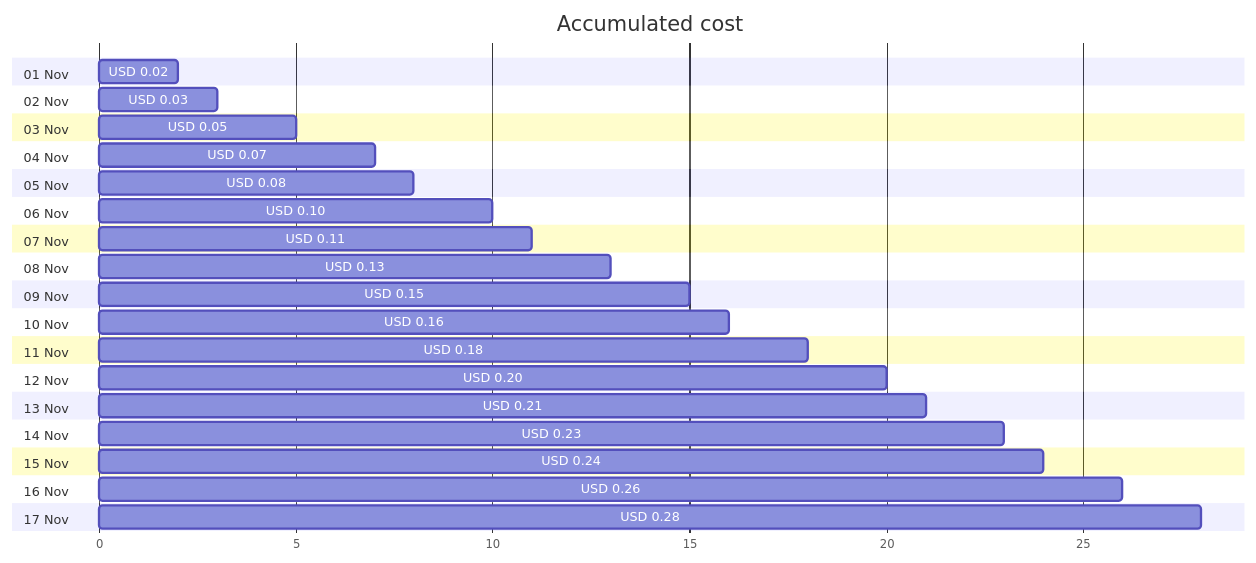
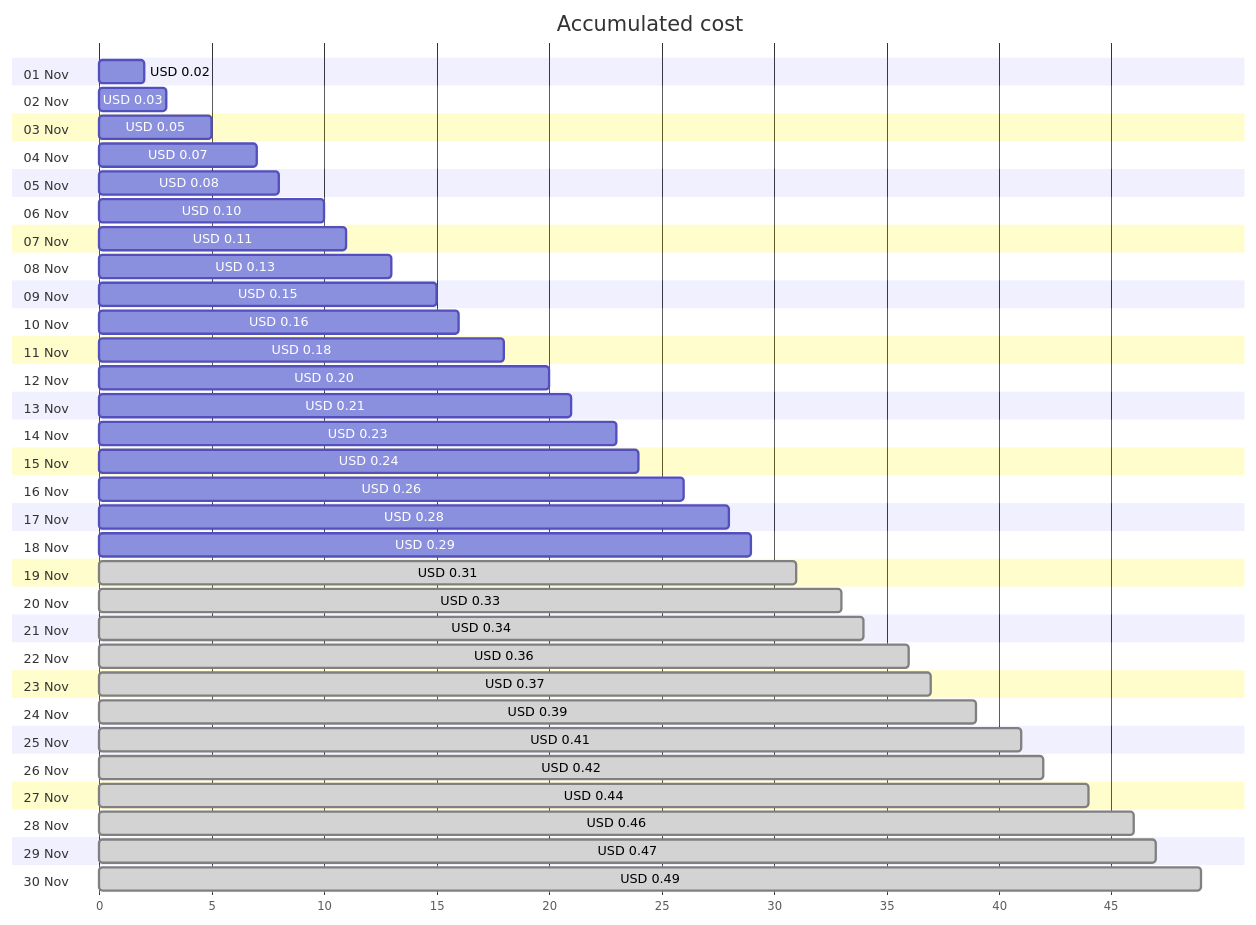
The first of 4 diagrams in cost-reports/personal-dns/jpatrickfulton.com.md (jpfulton/azure-personal-reports), drawn with Mermaid before and after one commit. The commit also changed other lines of this file and 2 other files, not shown here.

Commit message:
Generated reports [skip ci]

````diff
--- a/cost-reports/personal-dns/jpatrickfulton.com.md
+++ b/cost-reports/personal-dns/jpatrickfulton.com.md
@@ -20,40 +20,66 @@
 ```mermaid
 gantt
    title Accumulated cost
    dateFormat  X
    axisFormat %s
    section 01 Nov
    USD 0.02 :0, 2
    section 02 Nov
    USD 0.03 :0, 3
    section 03 Nov
    USD 0.05 :0, 5
    section 04 Nov
    USD 0.07 :0, 7
    section 05 Nov
    USD 0.08 :0, 8
    section 06 Nov
    USD 0.10 :0, 10
    section 07 Nov
    USD 0.11 :0, 11
    section 08 Nov
    USD 0.13 :0, 13
    section 09 Nov
    USD 0.15 :0, 15
    section 10 Nov
    USD 0.16 :0, 16
    section 11 Nov
    USD 0.18 :0, 18
    section 12 Nov
    USD 0.20 :0, 20
    section 13 Nov
    USD 0.21 :0, 21
    section 14 Nov
    USD 0.23 :0, 23
    section 15 Nov
    USD 0.24 :0, 24
    section 16 Nov
    USD 0.26 :0, 26
    section 17 Nov
    USD 0.28 :0, 28
+   section 18 Nov
+   USD 0.29 :0, 29
+   section 19 Nov
+   USD 0.31 : done, 0, 31
+   section 20 Nov
+   USD 0.33 : done, 0, 33
+   section 21 Nov
+   USD 0.34 : done, 0, 34
+   section 22 Nov
+   USD 0.36 : done, 0, 36
+   section 23 Nov
+   USD 0.37 : done, 0, 37
+   section 24 Nov
+   USD 0.39 : done, 0, 39
+   section 25 Nov
+   USD 0.41 : done, 0, 41
+   section 26 Nov
+   USD 0.42 : done, 0, 42
+   section 27 Nov
+   USD 0.44 : done, 0, 44
+   section 28 Nov
+   USD 0.46 : done, 0, 46
+   section 29 Nov
+   USD 0.47 : done, 0, 47
+   section 30 Nov
+   USD 0.49 : done, 0, 49
 ```
````
